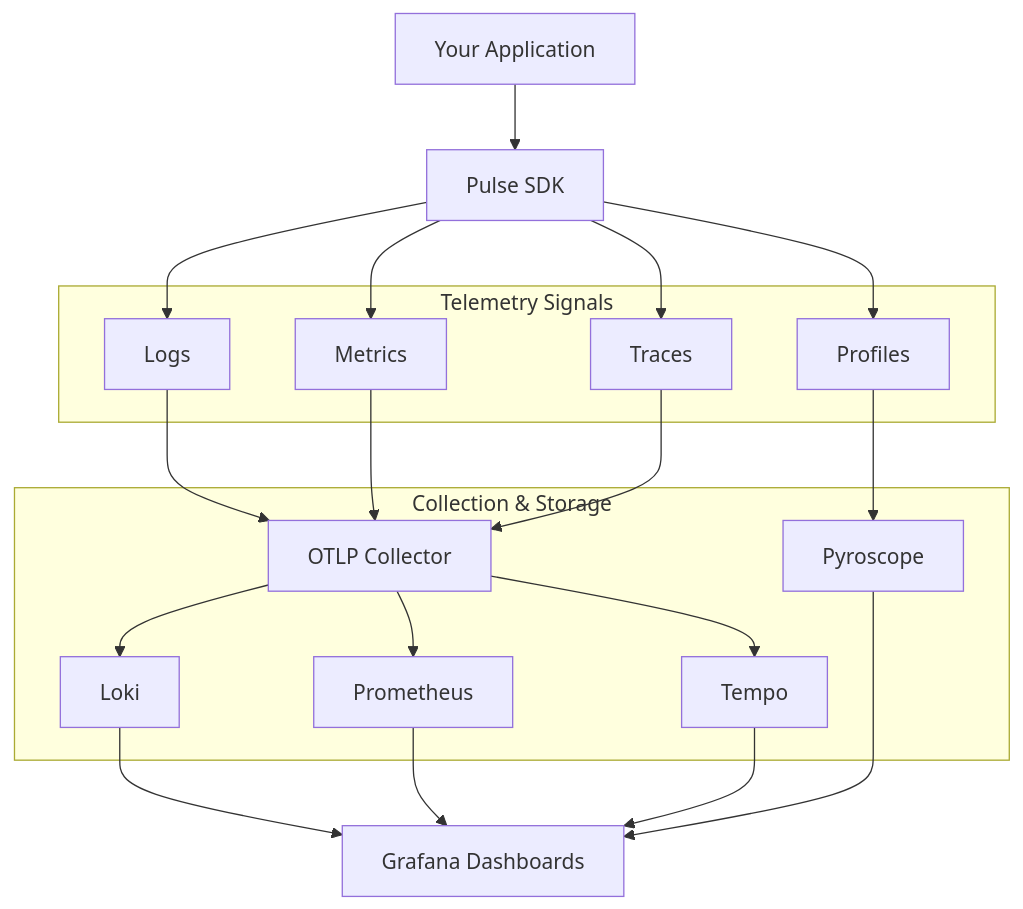
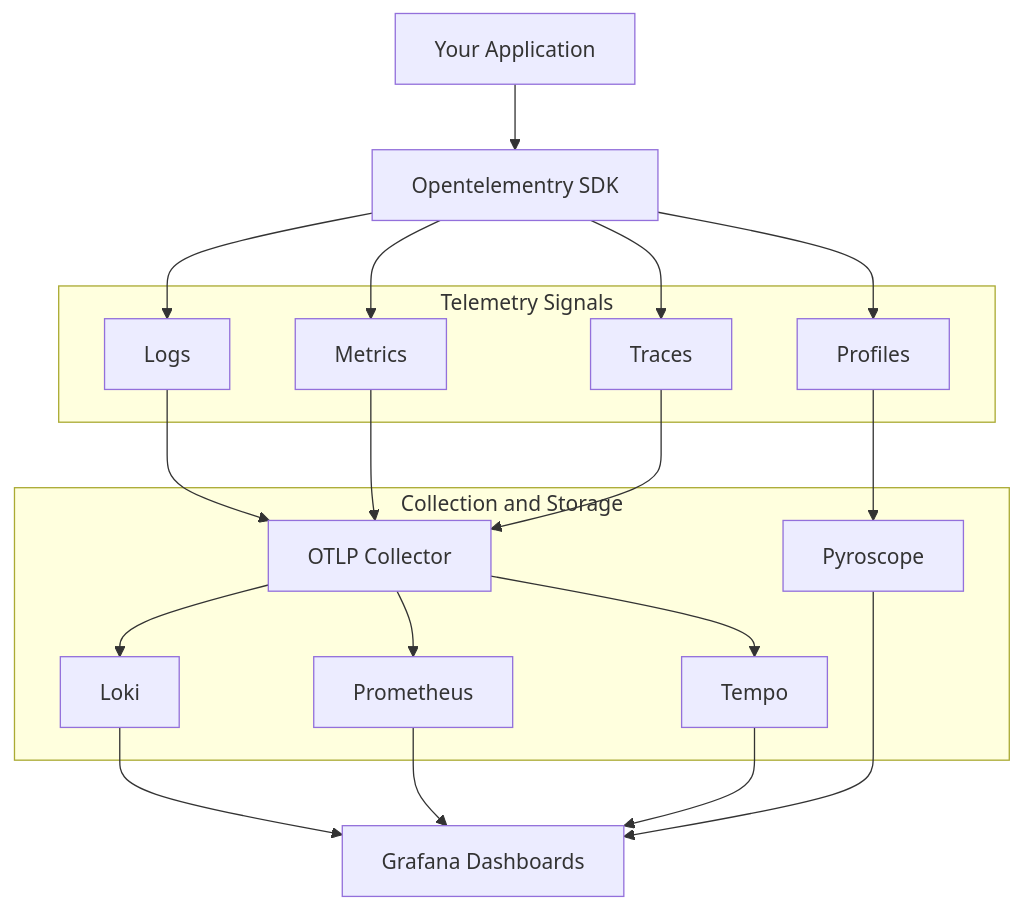
One commit to the-protobuf-project/opentelementry changed the diagram in README.md. Above: the diagram before and after it, drawn with Mermaid. The commit also changed other lines of this file and 426 other files, not shown here.

````diff
--- a/README.md
+++ b/README.md
@@ -147,42 +68,42 @@
 ```mermaid
 graph TB
     App[Your Application]
-    SDK[Pulse SDK]
+    SDK[Opentelementry SDK]
 
-    subgraph "Telemetry Signals"
+    subgraph Signals["Telemetry Signals"]
         Logs[Logs]
         Metrics[Metrics]
         Traces[Traces]
         Profiles[Profiles]
     end
 
-    subgraph "Collection & Storage"
+    subgraph Collection["Collection and Storage"]
         OTLP[OTLP Collector]
         Loki[Loki]
         Prometheus[Prometheus]
         Tempo[Tempo]
         Pyroscope[Pyroscope]
     end
 
     Grafana[Grafana Dashboards]
 
     App --> SDK
     SDK --> Logs
     SDK --> Metrics
     SDK --> Traces
     SDK --> Profiles
 
     Logs --> OTLP
     Metrics --> OTLP
     Traces --> OTLP
     Profiles --> Pyroscope
 
     OTLP --> Loki
     OTLP --> Prometheus
     OTLP --> Tempo
 
     Loki --> Grafana
     Prometheus --> Grafana
     Tempo --> Grafana
     Pyroscope --> Grafana
 ```
````
